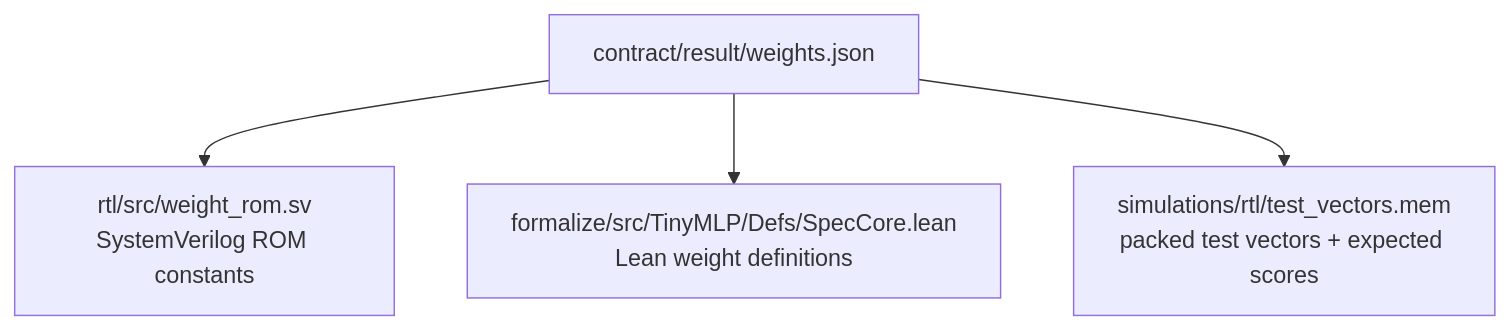
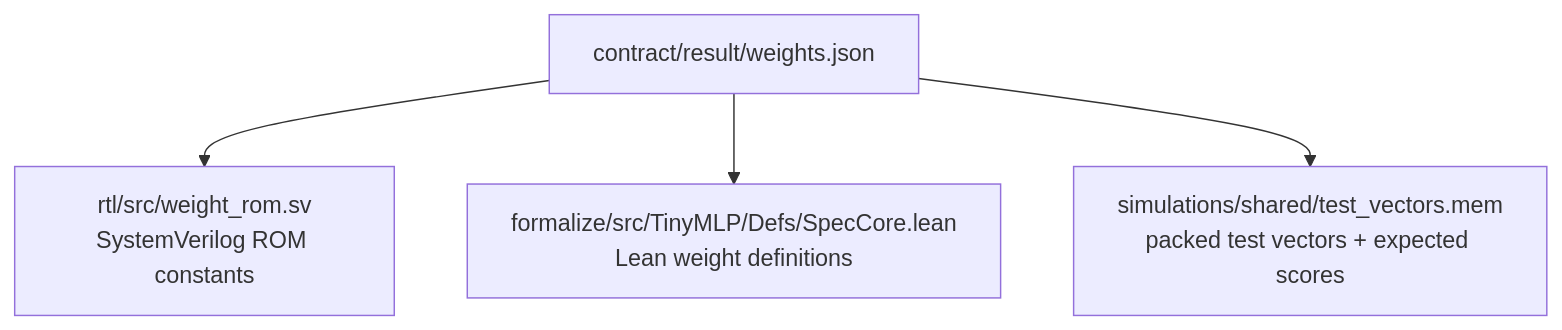
One commit to dfdgsdfg/ann-rtl-lean-poc changed the second of 6 diagrams in docs/from-ann-to-proven-hardware.md. Above: the diagram before and after it, drawn with Mermaid. The commit also changed other lines of this file and 25 other files, not shown here.

````diff
--- a/docs/from-ann-to-proven-hardware.md
+++ b/docs/from-ann-to-proven-hardware.md
@@ -78,6 +78,6 @@
 ```mermaid
 graph TD
     W[contract/result/weights.json] --> ROM["rtl/src/weight_rom.sv<br/>SystemVerilog ROM constants"]
     W --> SPEC["formalize/src/TinyMLP/Defs/SpecCore.lean<br/>Lean weight definitions"]
-    W --> VEC["simulations/rtl/test_vectors.mem<br/>packed test vectors + expected scores"]
+    W --> VEC["simulations/shared/test_vectors.mem<br/>packed test vectors + expected scores"]
 ```
````
